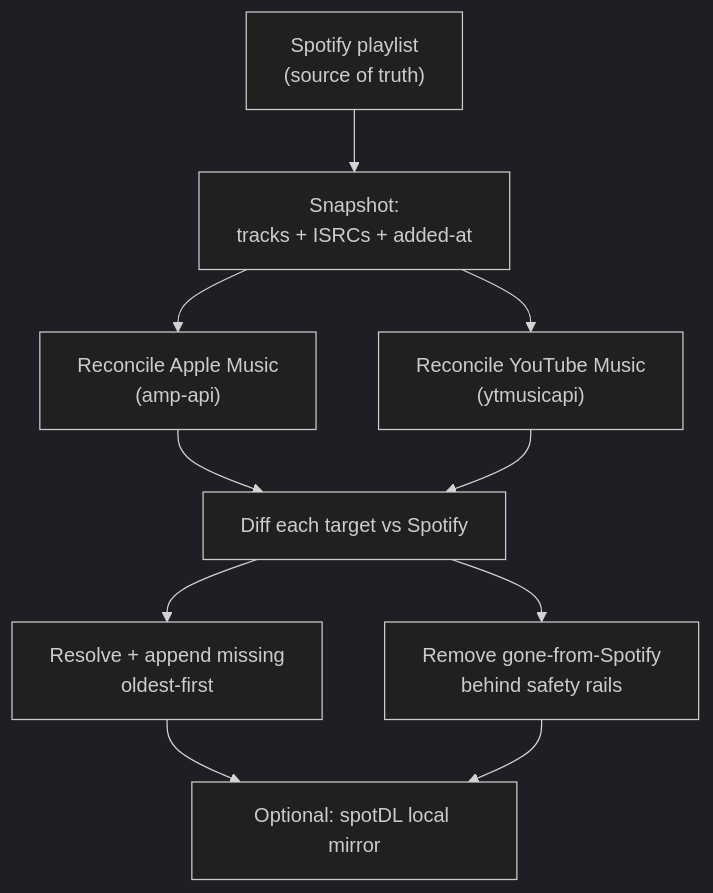
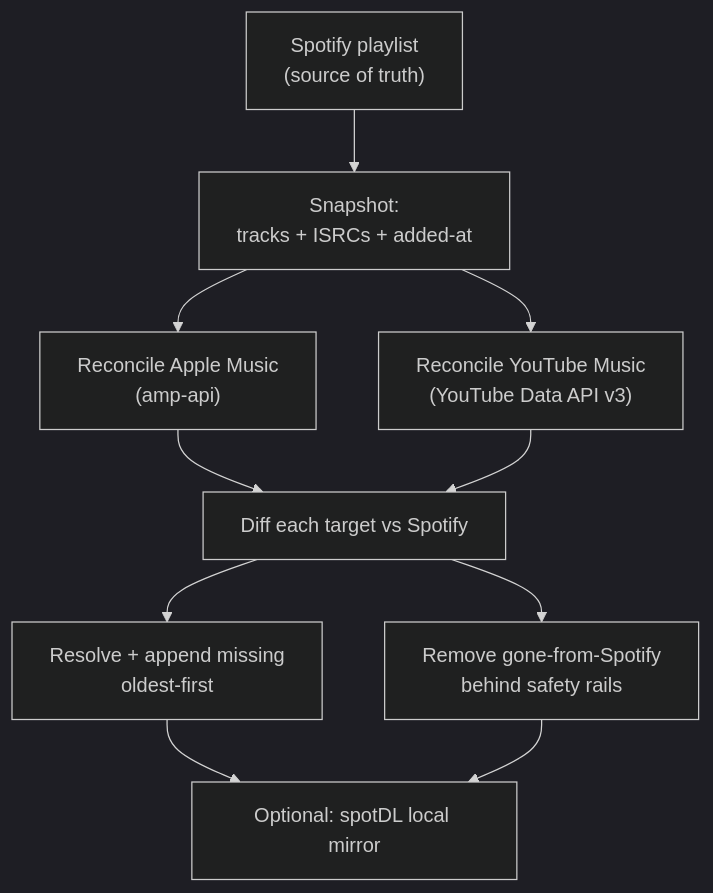
One commit to ahnafnafee/ahnafnafee.dev changed the diagram in src/data/blog/spotify-playlist-mirror-sync.mdx. Above: the diagram before and after it, drawn with Mermaid (dark theme). The commit also changed other lines of this file and 3 other files, not shown here.

````diff
--- a/src/data/blog/spotify-playlist-mirror-sync.mdx
+++ b/src/data/blog/spotify-playlist-mirror-sync.mdx
@@ -81,12 +87,12 @@
 ```mermaid
 graph TD
     S["Spotify playlist<br/>(source of truth)"] --> SNAP["Snapshot:<br/>tracks + ISRCs + added-at"]
     SNAP --> A["Reconcile Apple Music<br/>(amp-api)"]
-    SNAP --> Y["Reconcile YouTube Music<br/>(ytmusicapi)"]
+    SNAP --> Y["Reconcile YouTube Music<br/>(YouTube Data API v3)"]
     A --> DIFF["Diff each target vs Spotify"]
     Y --> DIFF
     DIFF --> ADD["Resolve + append missing<br/>oldest-first"]
     DIFF --> REM["Remove gone-from-Spotify<br/>behind safety rails"]
     ADD --> DL["Optional: spotDL local mirror"]
     REM --> DL
 ```
````
